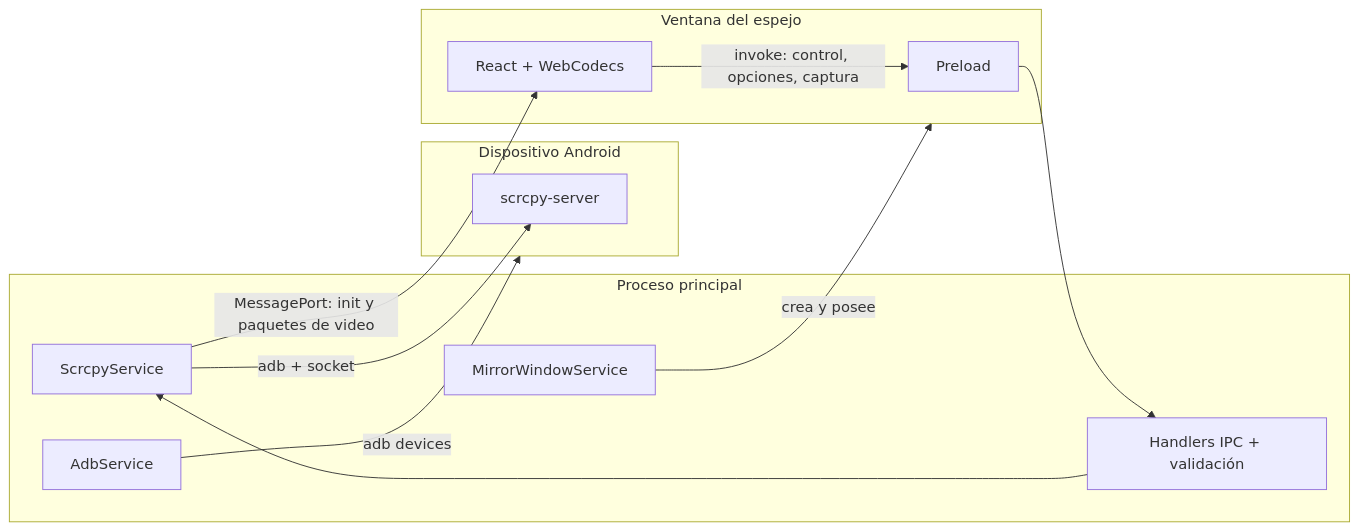
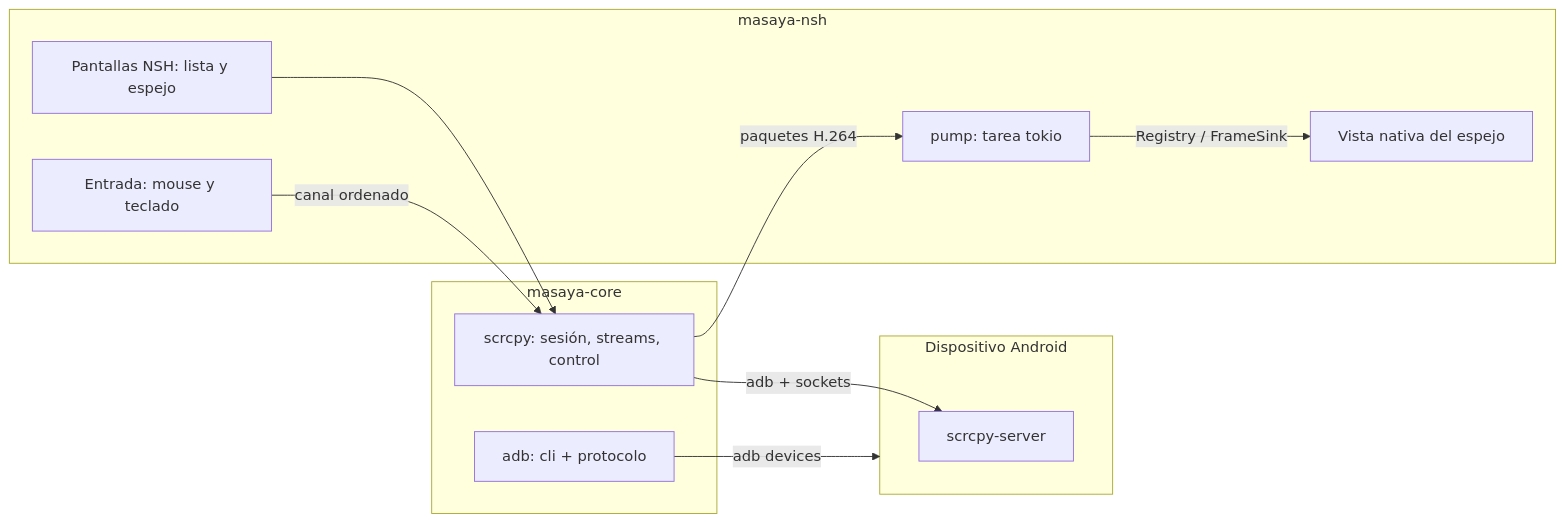
Before and after one commit to momotombodevs/masaya-mirror: the diagram in docs/ARCHITECTURE.md, drawn with Mermaid. The commit also changed other lines of this file and 9 other files, not shown here.

````diff
--- a/docs/ARCHITECTURE.md
+++ b/docs/ARCHITECTURE.md
@@ -8,21 +10,21 @@
 ```mermaid
 flowchart LR
   subgraph Device[Dispositivo Android]
     S[scrcpy-server]
   end
-  subgraph Main[Proceso principal]
-    A[AdbService]
-    SC[ScrcpyService]
-    W[MirrorWindowService]
-    H[Handlers IPC + validación]
+  subgraph Core[masaya-core]
+    A[adb: cli + protocolo]
+    SC[scrcpy: sesión, streams, control]
   end
-  subgraph Win[Ventana del espejo]
-    P[Preload]
-    R[React + WebCodecs]
+  subgraph App[masaya-nsh]
+    UI[Pantallas NSH: lista y espejo]
+    P[pump: tarea tokio]
+    V[Vista nativa del espejo]
+    I[Entrada: mouse y teclado]
   end
   A -- adb devices --> Device
-  SC -- adb + socket --> S
-  SC -- MessagePort: init y paquetes de video --> R
-  R -- invoke: control, opciones, captura --> P --> H --> SC
-  W -- crea y posee --> Win
+  SC -- adb + sockets --> S
+  UI --> SC
+  SC -- paquetes H.264 --> P -- Registry / FrameSink --> V
+  I -- canal ordenado --> SC
 ```
````
